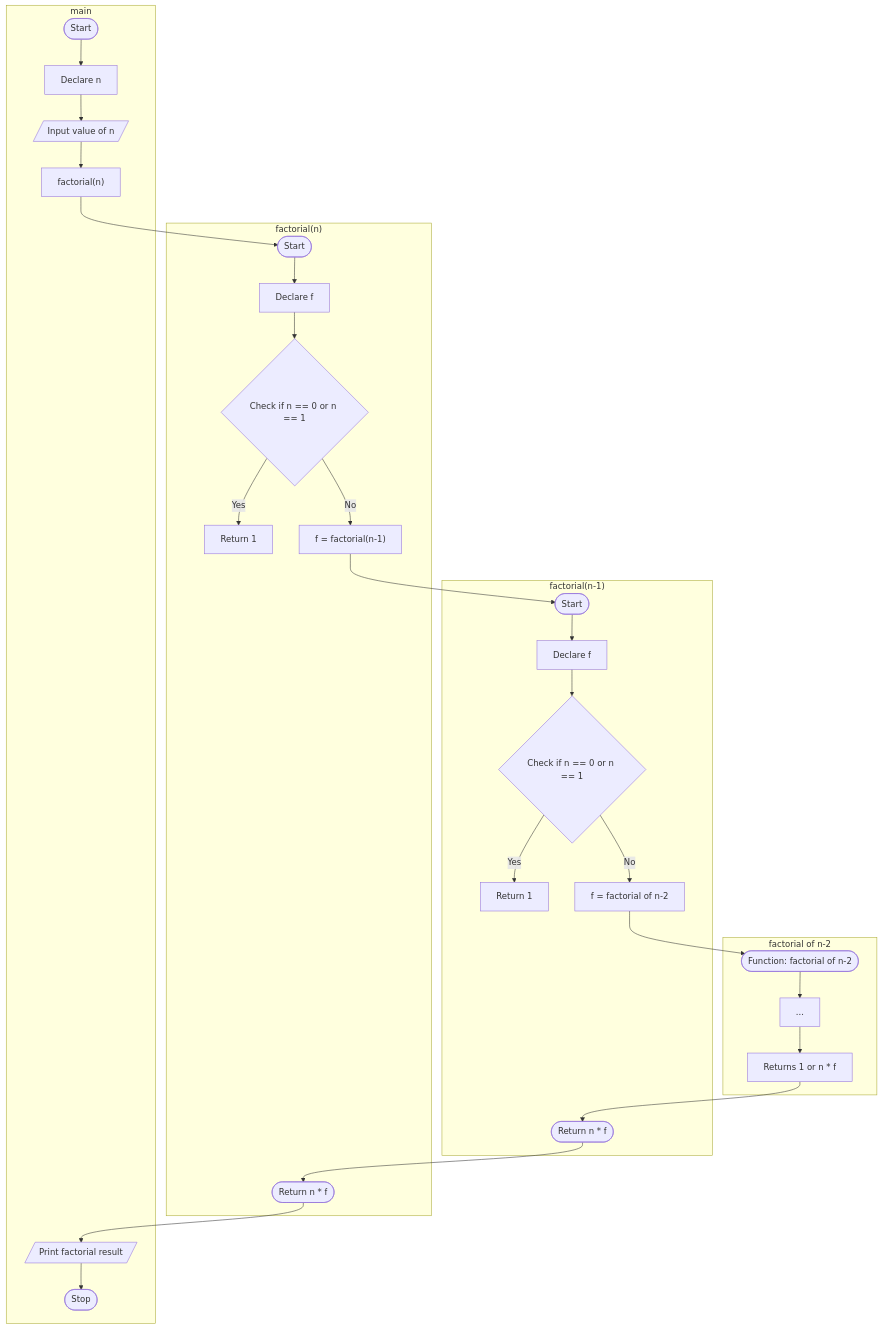
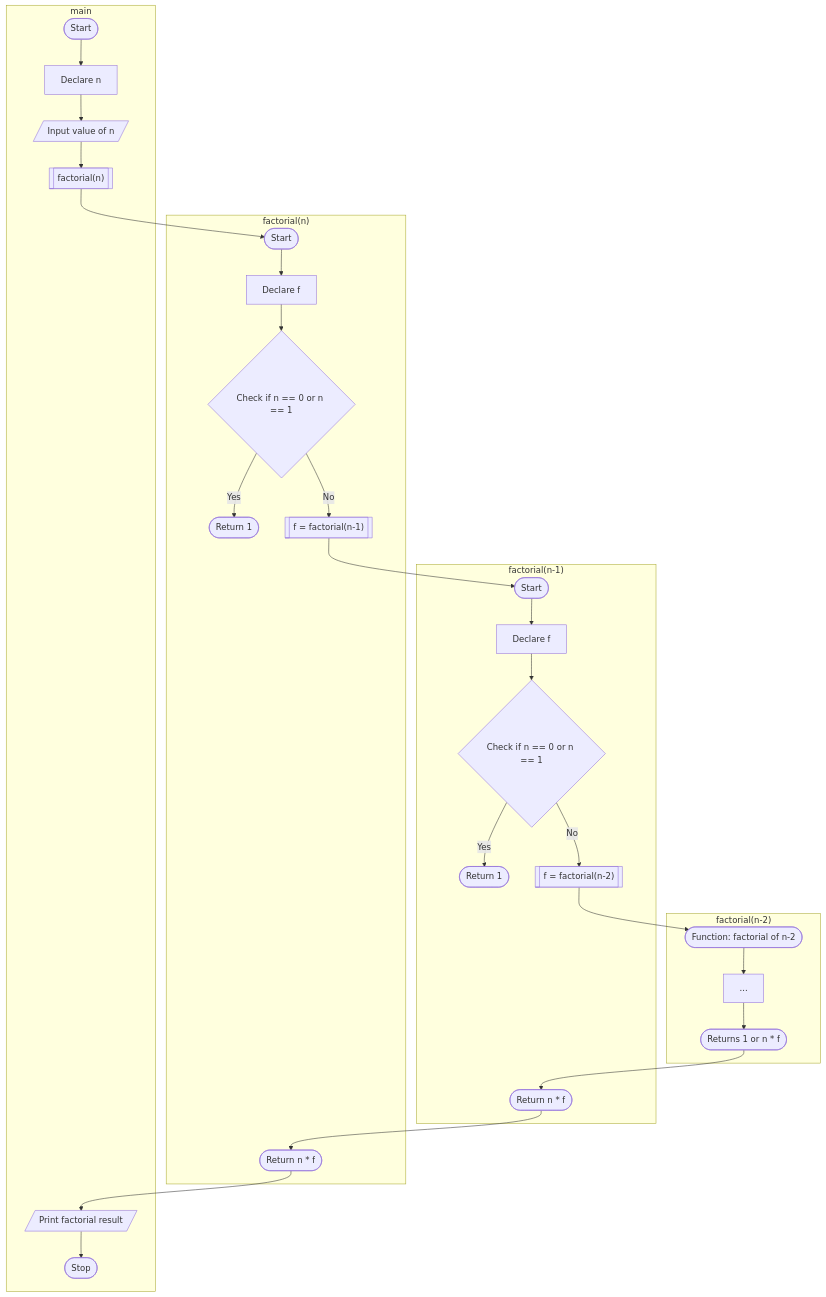
Before and after one commit to Vinit-source/Programming-for-problem-solving: the second of 2 diagrams in PR/P8 - Recursion.md, drawn with Mermaid. The commit also changed other lines of this file, not shown here.

Commit message:
PR/P8 - Recursion.md updated from https://stackedit.io/

````diff
--- a/PR/P8 - Recursion.md
+++ b/PR/P8 - Recursion.md
@@ -47,34 +47,34 @@
 ```mermaid
 flowchart TD;
-subgraph ide3["factorial of n-2"]
+subgraph ide3["factorial(n-2)"]
 	funcStart3([Function: factorial of n-2])
 	funcStart3 --> A3[...];
-	A3 --> E3[Returns 1 or n * f];
+	A3 --> E3([Returns 1 or n * f]);
 end
 subgraph ide2["factorial(n-1)"]
 	    funcStart2([Start])
         funcStart2 --> A2[Declare f];
         A2 --> B2{Check if n == 0 or n == 1};
-        B2 -- Yes --> C2[Return 1];
-        B2 -- No --> D2["f = factorial of n-2"];
+        B2 -- Yes --> C2([Return 1]);
+        B2 -- No --> D2[["f = factorial(n-2)"]];
         D2 --> funcStart3;
         E3 --> E2([Return n * f]);
  end
  subgraph ide1["factorial(n)"]
 		funcStart([Start]);
         funcStart --> A1[Declare f];
         A1 --> B1{Check if n == 0 or n == 1};
-        B1 -- Yes --> C1[Return 1];
-        B1 -- No --> D1["f = factorial(n-1)"];
+        B1 -- Yes --> C1([Return 1]);
+        B1 -- No --> D1[["f = factorial(n-1)"]];
         D1 --> funcStart2
         E2 --> E1([Return n * f]);
     end
 subgraph main
 	Start([Start]) --> B[Declare n];
     B --> C[/Input value of n/];
-    C --> D["factorial(n)"]
+    C --> D[["factorial(n)"]]
     D --> funcStart
     E1 -->  E[/Print factorial result/];
     E --> F([Stop]);
    end
 ```
````
